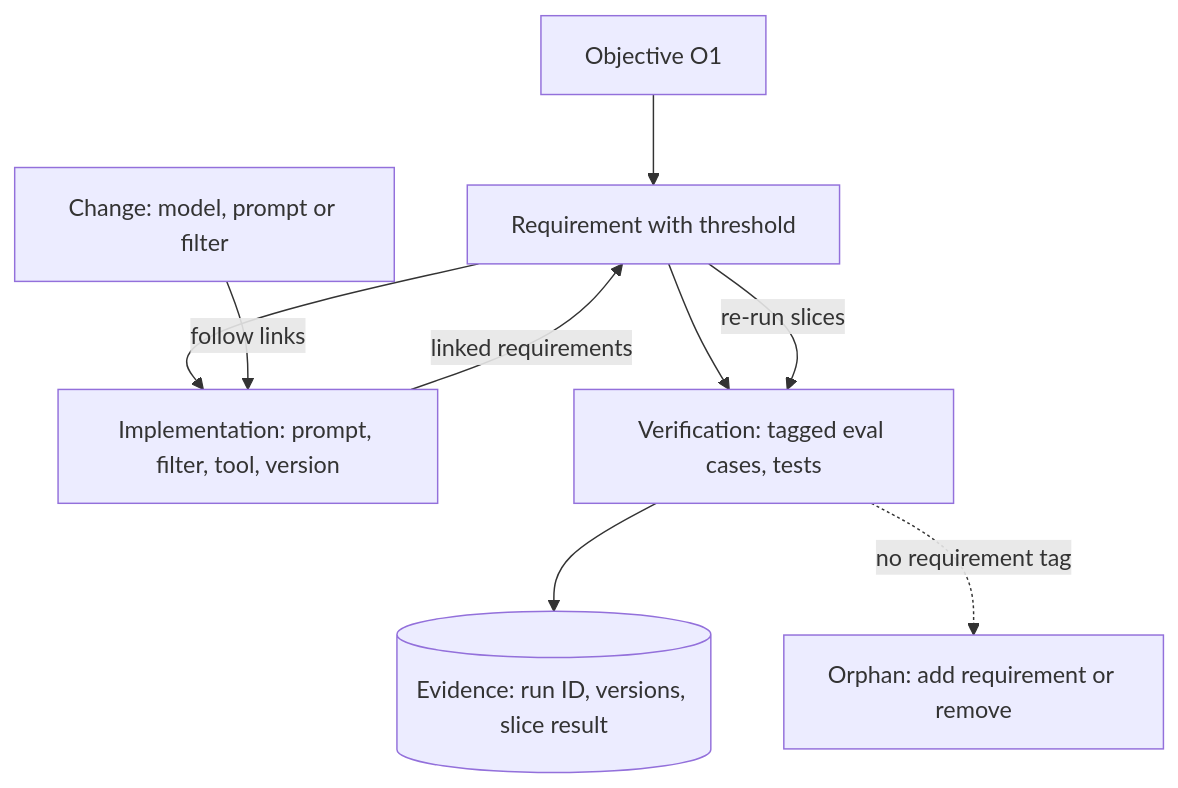
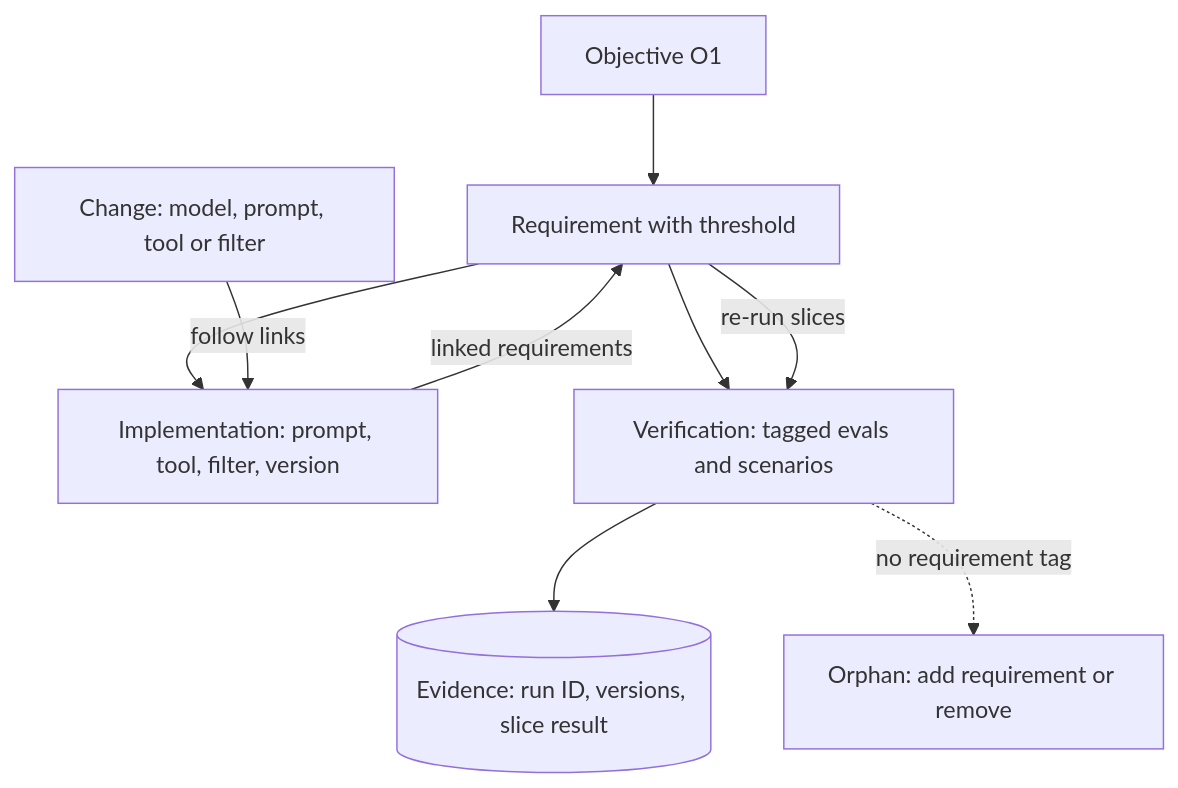
Before and after one commit to lovishmahajan97/agentic-learning: the diagram in content/scoping/requirements-traceability.md, drawn with Mermaid. The commit also changed other lines of this file and 485 other files, not shown here.

````diff
--- a/content/scoping/requirements-traceability.md
+++ b/content/scoping/requirements-traceability.md
@@ -107,11 +123,11 @@
 ```mermaid
 flowchart TD
     O["Objective O1"] --> R["Requirement with threshold"]
-    R --> I["Implementation: prompt, filter, tool, version"]
-    R --> V["Verification: tagged eval cases, tests"]
+    R --> I["Implementation: prompt, tool, filter, version"]
+    R --> V["Verification: tagged evals and scenarios"]
     V --> E[("Evidence: run ID, versions, slice result")]
-    C["Change: model, prompt or filter"] -->|"follow links"| I
+    C["Change: model, prompt, tool or filter"] -->|"follow links"| I
     I -->|"linked requirements"| R
     R -->|"re-run slices"| V
     V -.->|"no requirement tag"| OR["Orphan: add requirement or remove"]
 ```
````
